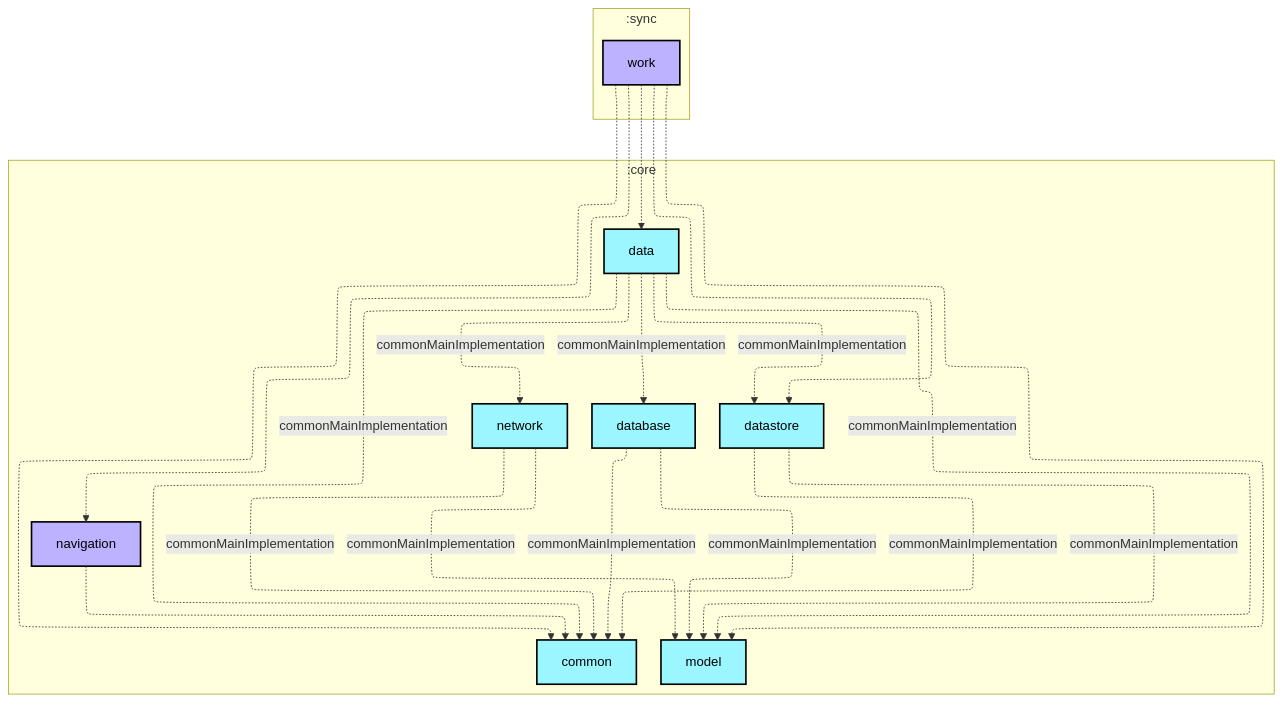
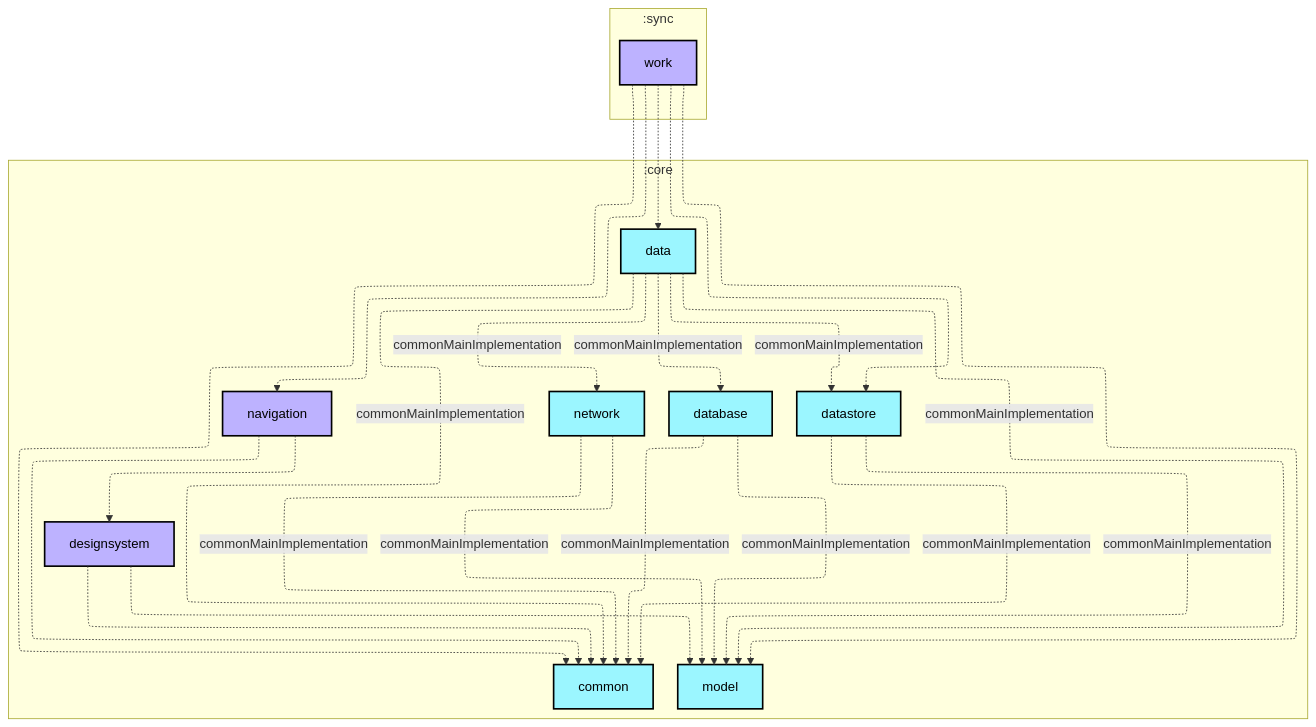
One commit to infinitezerone/MiniBgm changed the first of 2 diagrams in sync/work/README.md. Above: the diagram before and after it, drawn with Mermaid. The commit also changed 8 other files, not shown here.

Commit message:
docs: sync module dependency graphs across READMEs

````diff
--- a/sync/work/README.md
+++ b/sync/work/README.md
@@ -21,47 +21,51 @@
 ```mermaid
 ---
 config:
   layout: elk
   elk:
     nodePlacementStrategy: SIMPLE
 ---
 graph TB
   subgraph :sync
     direction TB
     :sync:work[work]:::android-library
   end
   subgraph :core
     direction TB
     :core:common[common]:::kmp-library
     :core:data[data]:::kmp-library
     :core:database[database]:::kmp-library
     :core:datastore[datastore]:::kmp-library
+    :core:designsystem[designsystem]:::android-library
     :core:model[model]:::kmp-library
     :core:navigation[navigation]:::android-library
     :core:network[network]:::kmp-library
   end
 
   :core:data -.->|commonMainImplementation| :core:common
   :core:data -.->|commonMainImplementation| :core:database
   :core:data -.->|commonMainImplementation| :core:datastore
   :core:data -.->|commonMainImplementation| :core:model
   :core:data -.->|commonMainImplementation| :core:network
   :core:database -.->|commonMainImplementation| :core:common
   :core:database -.->|commonMainImplementation| :core:model
   :core:datastore -.->|commonMainImplementation| :core:common
   :core:datastore -.->|commonMainImplementation| :core:model
+  :core:designsystem -.-> :core:common
+  :core:designsystem -.-> :core:model
   :core:navigation -.-> :core:common
+  :core:navigation -.-> :core:designsystem
   :core:network -.->|commonMainImplementation| :core:common
   :core:network -.->|commonMainImplementation| :core:model
   :sync:work -.-> :core:common
   :sync:work -.-> :core:data
   :sync:work -.-> :core:datastore
   :sync:work -.-> :core:model
   :sync:work -.-> :core:navigation
 
 classDef android-application fill:#CAFFBF,stroke:#000,stroke-width:2px,color:#000;
 classDef android-feature fill:#FFD6A5,stroke:#000,stroke-width:2px,color:#000;
 classDef kmp-library fill:#9BF6FF,stroke:#000,stroke-width:2px,color:#000;
 classDef android-library fill:#BDB2FF,stroke:#000,stroke-width:2px,color:#000;
 classDef unknown fill:#FFADAD,stroke:#000,stroke-width:2px,color:#000;
 ```
````
